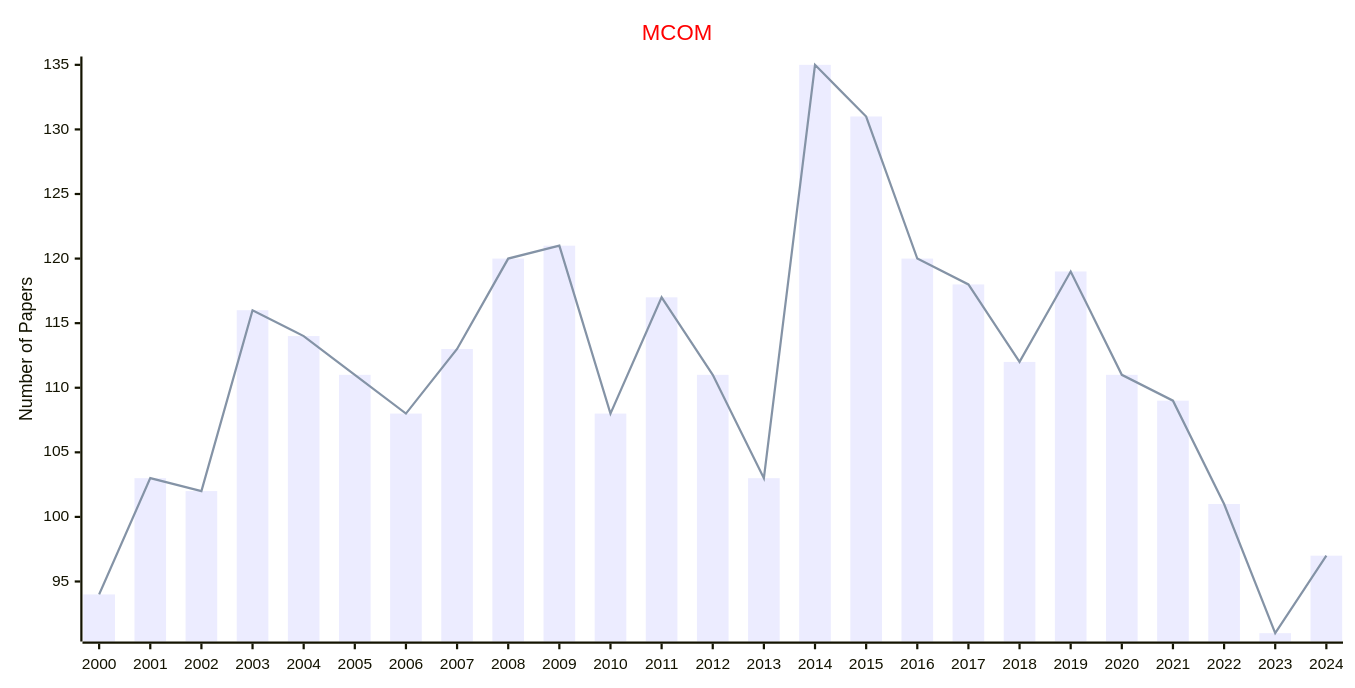
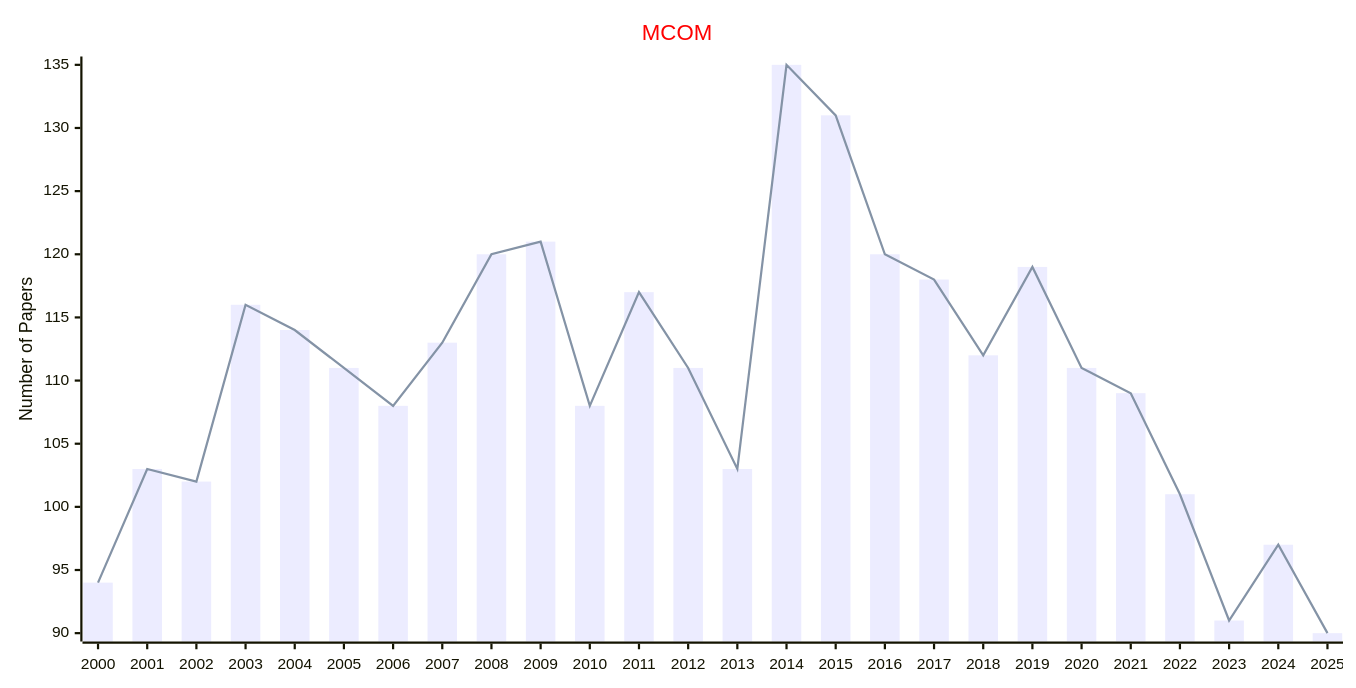
One commit to Easy-PhD/AILinks changed the first of 6 diagrams in docs/data/Journals/Statistics_Journals/Computational_Mathematics.md. Above: the diagram before and after it, drawn with Mermaid. The commit also changed other lines of this file and 107 other files, not shown here.

````diff
--- a/docs/data/Journals/Statistics_Journals/Computational_Mathematics.md
+++ b/docs/data/Journals/Statistics_Journals/Computational_Mathematics.md
@@ -9,17 +9,17 @@
 ```mermaid
 ---
 config:
     xyChart:
         width: 1200
         height: 600
     themeVariables:
         xyChart:
             titleColor: "#ff0000"
 ---
 xychart-beta
     title "MCOM"
-    x-axis [2000, 2001, 2002, 2003, 2004, 2005, 2006, 2007, 2008, 2009, 2010, 2011, 2012, 2013, 2014, 2015, 2016, 2017, 2018, 2019, 2020, 2021, 2022, 2023, 2024]
+    x-axis [2000, 2001, 2002, 2003, 2004, 2005, 2006, 2007, 2008, 2009, 2010, 2011, 2012, 2013, 2014, 2015, 2016, 2017, 2018, 2019, 2020, 2021, 2022, 2023, 2024, 2025]
     y-axis "Number of Papers"
-    bar [94, 103, 102, 116, 114, 111, 108, 113, 120, 121, 108, 117, 111, 103, 135, 131, 120, 118, 112, 119, 111, 109, 101, 91, 97]
-    line [94, 103, 102, 116, 114, 111, 108, 113, 120, 121, 108, 117, 111, 103, 135, 131, 120, 118, 112, 119, 111, 109, 101, 91, 97]
+    bar [94, 103, 102, 116, 114, 111, 108, 113, 120, 121, 108, 117, 111, 103, 135, 131, 120, 118, 112, 119, 111, 109, 101, 91, 97, 90]
+    line [94, 103, 102, 116, 114, 111, 108, 113, 120, 121, 108, 117, 111, 103, 135, 131, 120, 118, 112, 119, 111, 109, 101, 91, 97, 90]
 ```
````
